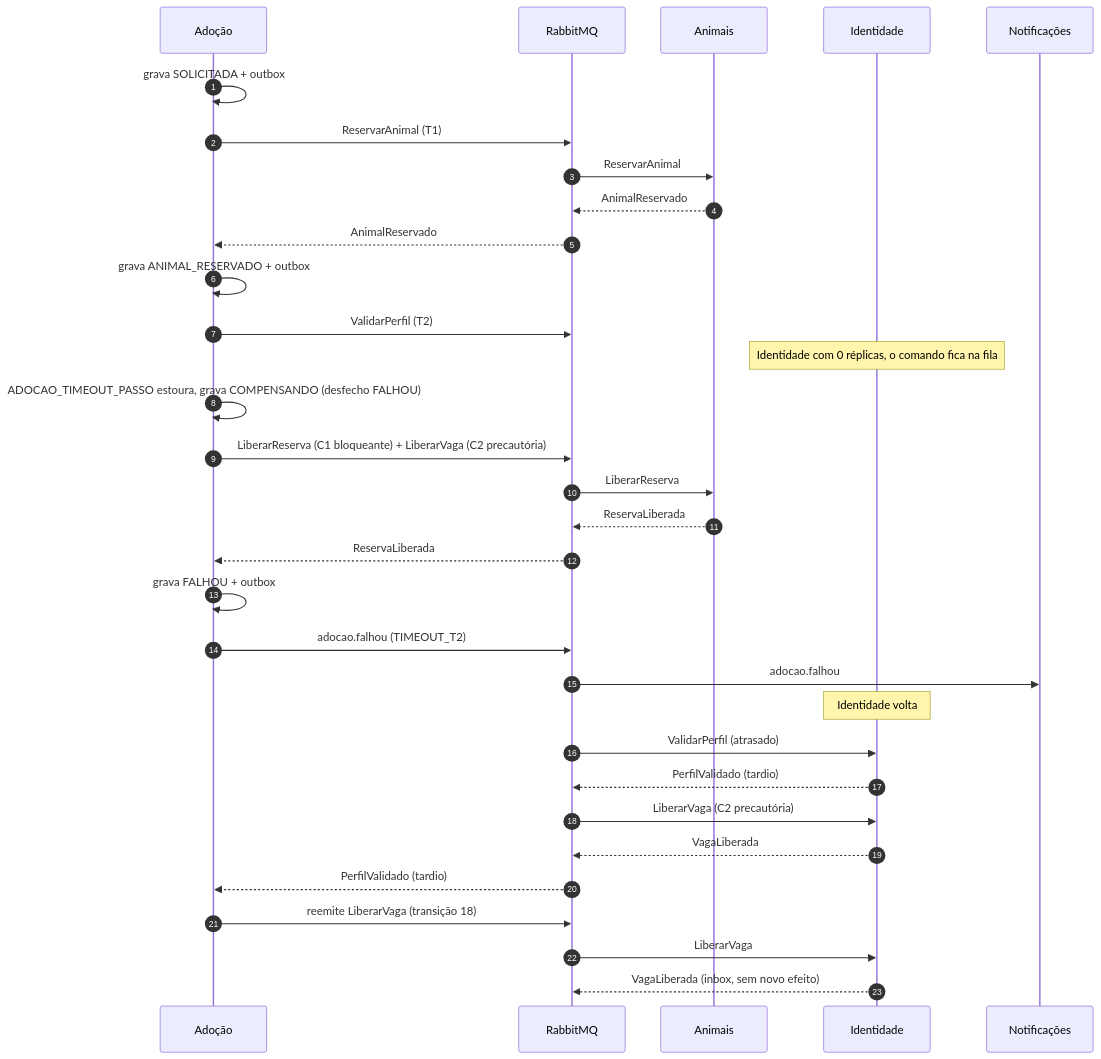
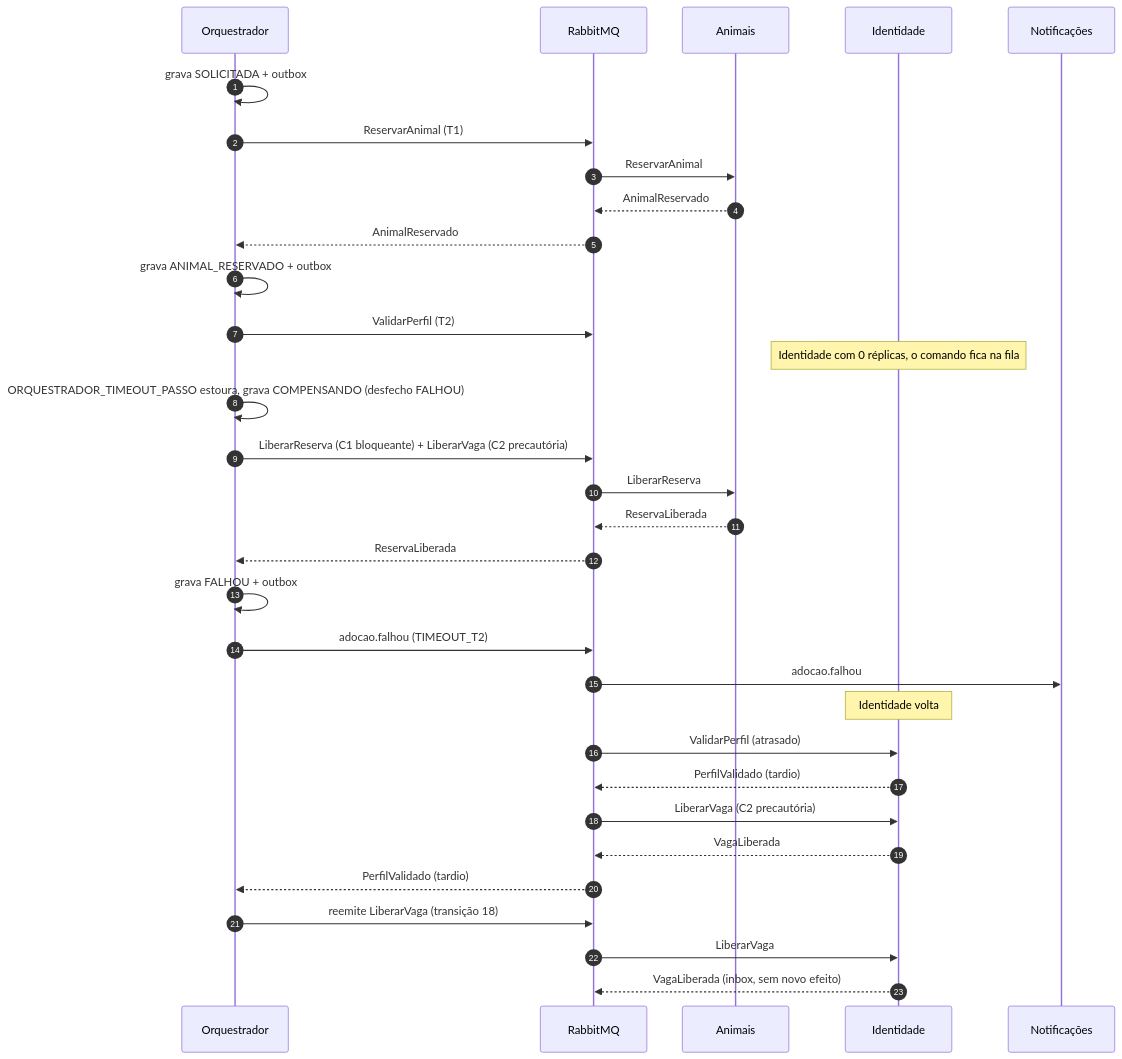
One commit to gxbreus/ampara changed the fifth of 5 diagrams in docs/saga.md. Above: the diagram before and after it, drawn with Mermaid. The commit also changed other lines of this file and 6 other files, not shown here.

````diff
--- a/docs/saga.md
+++ b/docs/saga.md
@@ -258,35 +276,35 @@
 ```mermaid
 sequenceDiagram
     autonumber
-    participant AD as Adoção
+    participant OR as Orquestrador
     participant MQ as RabbitMQ
     participant AN as Animais
     participant ID as Identidade
     participant NO as Notificações
 
-    AD->>AD: grava SOLICITADA + outbox
-    AD->>MQ: ReservarAnimal (T1)
+    OR->>OR: grava SOLICITADA + outbox
+    OR->>MQ: ReservarAnimal (T1)
     MQ->>AN: ReservarAnimal
     AN-->>MQ: AnimalReservado
-    MQ-->>AD: AnimalReservado
-    AD->>AD: grava ANIMAL_RESERVADO + outbox
-    AD->>MQ: ValidarPerfil (T2)
+    MQ-->>OR: AnimalReservado
+    OR->>OR: grava ANIMAL_RESERVADO + outbox
+    OR->>MQ: ValidarPerfil (T2)
     Note over ID: Identidade com 0 réplicas, o comando fica na fila
-    AD->>AD: ADOCAO_TIMEOUT_PASSO estoura, grava COMPENSANDO (desfecho FALHOU)
-    AD->>MQ: LiberarReserva (C1 bloqueante) + LiberarVaga (C2 precautória)
+    OR->>OR: ORQUESTRADOR_TIMEOUT_PASSO estoura, grava COMPENSANDO (desfecho FALHOU)
+    OR->>MQ: LiberarReserva (C1 bloqueante) + LiberarVaga (C2 precautória)
     MQ->>AN: LiberarReserva
     AN-->>MQ: ReservaLiberada
-    MQ-->>AD: ReservaLiberada
-    AD->>AD: grava FALHOU + outbox
-    AD->>MQ: adocao.falhou (TIMEOUT_T2)
+    MQ-->>OR: ReservaLiberada
+    OR->>OR: grava FALHOU + outbox
+    OR->>MQ: adocao.falhou (TIMEOUT_T2)
     MQ->>NO: adocao.falhou
     Note over ID: Identidade volta
     MQ->>ID: ValidarPerfil (atrasado)
     ID-->>MQ: PerfilValidado (tardio)
     MQ->>ID: LiberarVaga (C2 precautória)
     ID-->>MQ: VagaLiberada
-    MQ-->>AD: PerfilValidado (tardio)
-    AD->>MQ: reemite LiberarVaga (transição 18)
+    MQ-->>OR: PerfilValidado (tardio)
+    OR->>MQ: reemite LiberarVaga (transição 18)
     MQ->>ID: LiberarVaga
     ID-->>MQ: VagaLiberada (inbox, sem novo efeito)
 ```
````
